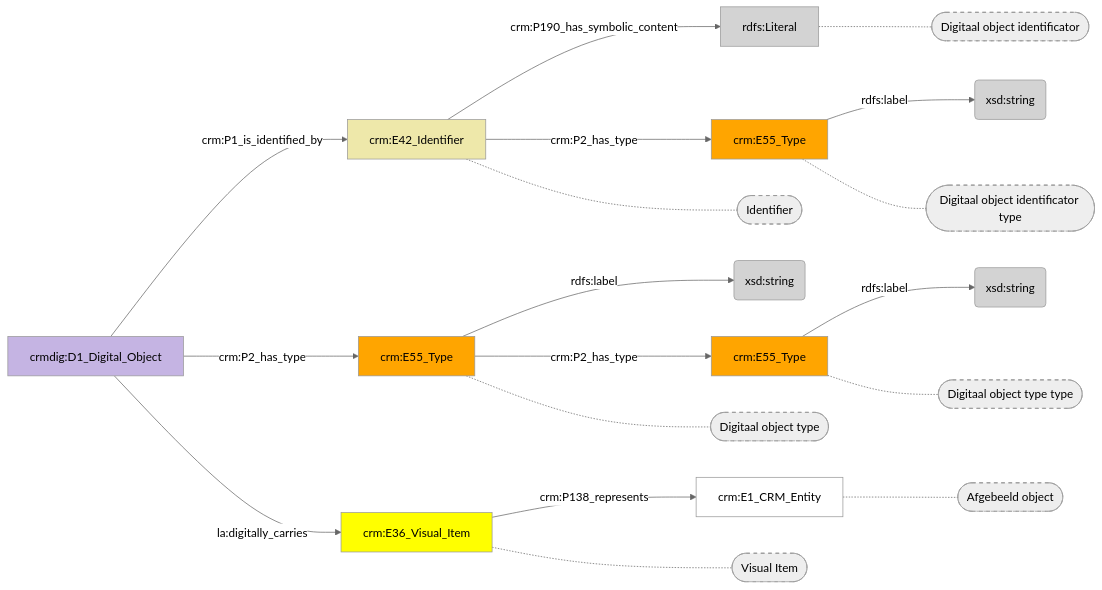
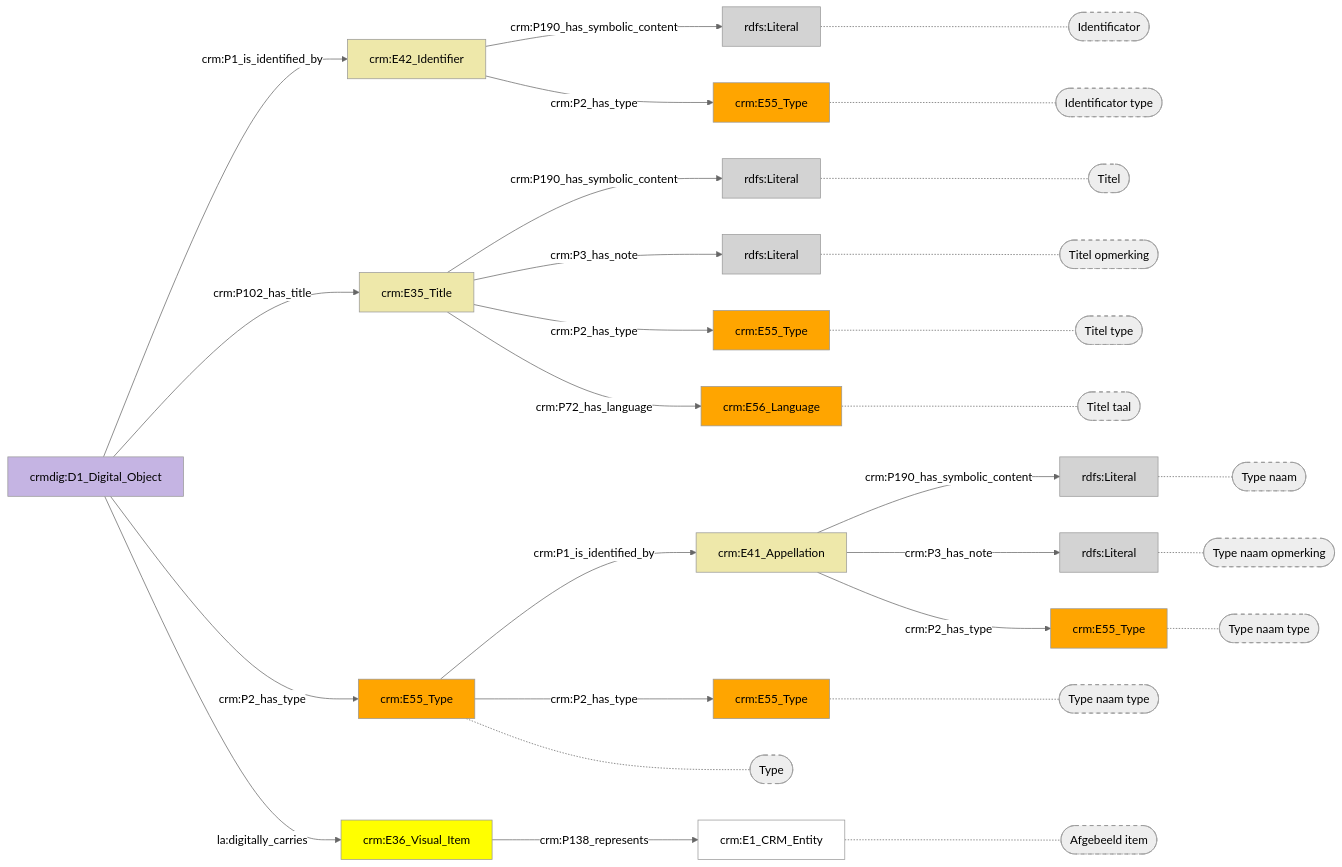
One commit to digipolisantwerpdocumentation/antwerp-cultureel-erfgoed changed the diagram in docs/content/modellen/DigitalObject/Identificatie.md. Above: the diagram before and after it, drawn with Mermaid (neutral theme). The commit also changed 170 other files, not shown here.

````diff
--- a/docs/content/modellen/DigitalObject/Identificatie.md
+++ b/docs/content/modellen/DigitalObject/Identificatie.md
@@ -1,38 +1,60 @@
 ```mermaid
 graph LR
-ad7f9832-04fa-11ee-9497-96a6d2455259["crm:E42_Identifier"]-->|"crm:P190_has_symbolic_content"|ad7fb196-04fa-11ee-9497-96a6d2455259(rdfs:Literal)
-ad7fa3fe-04fa-11ee-9497-96a6d2455259["crm:E55_Type"]-->|"rdfs:label"|ad7fbd30-04fa-11ee-9497-96a6d2455259(xsd:string)
-ad7fb2a4-04fa-11ee-9497-96a6d2455259["crm:E55_Type"]-->|"rdfs:label"|ad7fb074-04fa-11ee-9497-96a6d2455259(xsd:string)
-ad7fbb14-04fa-11ee-9497-96a6d2455259["crm:E55_Type"]-->|"rdfs:label"|ad7fbc18-04fa-11ee-9497-96a6d2455259(xsd:string)
-ad7f9832-04fa-11ee-9497-96a6d2455259["crm:E42_Identifier"]-->|"crm:P2_has_type"|ad7fb2a4-04fa-11ee-9497-96a6d2455259["crm:E55_Type"]
-ad7fa3fe-04fa-11ee-9497-96a6d2455259["crm:E55_Type"]-->|"crm:P2_has_type"|ad7fbb14-04fa-11ee-9497-96a6d2455259["crm:E55_Type"]
-ad7fa7aa-04fa-11ee-9497-96a6d2455259["crm:E36_Visual_Item"]-->|"crm:P138_represents"|ad7fb48e-04fa-11ee-9497-96a6d2455259["crm:E1_CRM_Entity"]
-ad7fb3a8-04fa-11ee-9497-96a6d2455259["crmdig:D1_Digital_Object"]-->|"crm:P1_is_identified_by"|ad7f9832-04fa-11ee-9497-96a6d2455259["crm:E42_Identifier"]
-ad7fb3a8-04fa-11ee-9497-96a6d2455259["crmdig:D1_Digital_Object"]-->|"crm:P2_has_type"|ad7fa3fe-04fa-11ee-9497-96a6d2455259["crm:E55_Type"]
-ad7fb3a8-04fa-11ee-9497-96a6d2455259["crmdig:D1_Digital_Object"]-->|"la:digitally_carries"|ad7fa7aa-04fa-11ee-9497-96a6d2455259["crm:E36_Visual_Item"]
-ad7fb196-04fa-11ee-9497-96a6d2455259["rdfs:Literal"]-.-ad7fb196-04fa-11ee-9497-96a6d2455259_s(["Digitaal object identificator"])
-ad7fb2a4-04fa-11ee-9497-96a6d2455259["crm:E55_Type"]-.-ad7fb2a4-04fa-11ee-9497-96a6d2455259_s(["Digitaal object identificator type"])
-ad7fbb14-04fa-11ee-9497-96a6d2455259["crm:E55_Type"]-.-ad7fbb14-04fa-11ee-9497-96a6d2455259_s(["Digitaal object type type"])
-ad7fb48e-04fa-11ee-9497-96a6d2455259["crm:E1_CRM_Entity"]-.-ad7fb48e-04fa-11ee-9497-96a6d2455259_s(["Afgebeeld object"])
-ad7f9832-04fa-11ee-9497-96a6d2455259["crm:E42_Identifier"]-.-ad7f9832-04fa-11ee-9497-96a6d2455259_s(["Identifier"])
-ad7fa3fe-04fa-11ee-9497-96a6d2455259["crm:E55_Type"]-.-ad7fa3fe-04fa-11ee-9497-96a6d2455259_s(["Digitaal object type"])
-ad7fa7aa-04fa-11ee-9497-96a6d2455259["crm:E36_Visual_Item"]-.-ad7fa7aa-04fa-11ee-9497-96a6d2455259_s(["Visual Item"])
-style ad7fb196-04fa-11ee-9497-96a6d2455259_s stroke-dasharray: 5
-style ad7fb2a4-04fa-11ee-9497-96a6d2455259_s stroke-dasharray: 5
-style ad7fbb14-04fa-11ee-9497-96a6d2455259_s stroke-dasharray: 5
-style ad7fb48e-04fa-11ee-9497-96a6d2455259_s stroke-dasharray: 5
-style ad7f9832-04fa-11ee-9497-96a6d2455259_s stroke-dasharray: 5
-style ad7fa3fe-04fa-11ee-9497-96a6d2455259_s stroke-dasharray: 5
-style ad7fa7aa-04fa-11ee-9497-96a6d2455259_s stroke-dasharray: 5
+style 015cd780-44e6-11ef-85a7-960002548b4f fill:#EEE8AA
+style 015cdfd0-44e6-11ef-884b-960002548b4f fill:#D3D3D3
+style 015ce2c7-44e6-11ef-b606-960002548b4f fill:#ffa500
+style 015ce42f-44e6-11ef-aef4-960002548b4f fill:#D3D3D3
+style 015ce616-44e6-11ef-9fbd-960002548b4f fill:#ffa500
+style 8fd5a5a9-44eb-11ef-8c5b-960002548b4f fill:#EEE8AA
+style 8fd5a9c4-44eb-11ef-98bb-960002548b4f fill:#D3D3D3
+style 8fd5ab2c-44eb-11ef-a9ce-960002548b4f fill:#D3D3D3
+style 8fd5ac54-44eb-11ef-87ed-960002548b4f fill:#ffa500
 style ad7f9832-04fa-11ee-9497-96a6d2455259 fill:#EEE8AA
 style ad7fa3fe-04fa-11ee-9497-96a6d2455259 fill:#ffa500
 style ad7fa7aa-04fa-11ee-9497-96a6d2455259 fill:#ffff00
-style ad7fb074-04fa-11ee-9497-96a6d2455259 fill:#D3D3D3
 style ad7fb196-04fa-11ee-9497-96a6d2455259 fill:#D3D3D3
 style ad7fb2a4-04fa-11ee-9497-96a6d2455259 fill:#ffa500
 style ad7fb3a8-04fa-11ee-9497-96a6d2455259 fill:#C5B4E3
 style ad7fb48e-04fa-11ee-9497-96a6d2455259 fill:#ffffff
 style ad7fbb14-04fa-11ee-9497-96a6d2455259 fill:#ffa500
-style ad7fbc18-04fa-11ee-9497-96a6d2455259 fill:#D3D3D3
-style ad7fbd30-04fa-11ee-9497-96a6d2455259 fill:#D3D3D3
+015cd780-44e6-11ef-85a7-960002548b4f["crm:E35_Title"]-->|"crm:P190_has_symbolic_content"|015ce42f-44e6-11ef-aef4-960002548b4f(rdfs:Literal)
+015cd780-44e6-11ef-85a7-960002548b4f["crm:E35_Title"]-->|"crm:P3_has_note"|015cdfd0-44e6-11ef-884b-960002548b4f(rdfs:Literal)
+8fd5a5a9-44eb-11ef-8c5b-960002548b4f["crm:E41_Appellation"]-->|"crm:P190_has_symbolic_content"|8fd5ab2c-44eb-11ef-a9ce-960002548b4f(rdfs:Literal)
+8fd5a5a9-44eb-11ef-8c5b-960002548b4f["crm:E41_Appellation"]-->|"crm:P3_has_note"|8fd5a9c4-44eb-11ef-98bb-960002548b4f(rdfs:Literal)
+ad7f9832-04fa-11ee-9497-96a6d2455259["crm:E42_Identifier"]-->|"crm:P190_has_symbolic_content"|ad7fb196-04fa-11ee-9497-96a6d2455259(rdfs:Literal)
+015cd780-44e6-11ef-85a7-960002548b4f["crm:E35_Title"]-->|"crm:P2_has_type"|015ce2c7-44e6-11ef-b606-960002548b4f["crm:E55_Type"]
+015cd780-44e6-11ef-85a7-960002548b4f["crm:E35_Title"]-->|"crm:P72_has_language"|015ce616-44e6-11ef-9fbd-960002548b4f["crm:E56_Language"]
+8fd5a5a9-44eb-11ef-8c5b-960002548b4f["crm:E41_Appellation"]-->|"crm:P2_has_type"|8fd5ac54-44eb-11ef-87ed-960002548b4f["crm:E55_Type"]
+ad7f9832-04fa-11ee-9497-96a6d2455259["crm:E42_Identifier"]-->|"crm:P2_has_type"|ad7fb2a4-04fa-11ee-9497-96a6d2455259["crm:E55_Type"]
+ad7fa3fe-04fa-11ee-9497-96a6d2455259["crm:E55_Type"]-->|"crm:P1_is_identified_by"|8fd5a5a9-44eb-11ef-8c5b-960002548b4f["crm:E41_Appellation"]
+ad7fa3fe-04fa-11ee-9497-96a6d2455259["crm:E55_Type"]-->|"crm:P2_has_type"|ad7fbb14-04fa-11ee-9497-96a6d2455259["crm:E55_Type"]
+ad7fa7aa-04fa-11ee-9497-96a6d2455259["crm:E36_Visual_Item"]-->|"crm:P138_represents"|ad7fb48e-04fa-11ee-9497-96a6d2455259["crm:E1_CRM_Entity"]
+ad7fb3a8-04fa-11ee-9497-96a6d2455259["crmdig:D1_Digital_Object"]-->|"crm:P1_is_identified_by"|ad7f9832-04fa-11ee-9497-96a6d2455259["crm:E42_Identifier"]
+ad7fb3a8-04fa-11ee-9497-96a6d2455259["crmdig:D1_Digital_Object"]-->|"crm:P102_has_title"|015cd780-44e6-11ef-85a7-960002548b4f["crm:E35_Title"]
+ad7fb3a8-04fa-11ee-9497-96a6d2455259["crmdig:D1_Digital_Object"]-->|"crm:P2_has_type"|ad7fa3fe-04fa-11ee-9497-96a6d2455259["crm:E55_Type"]
+ad7fb3a8-04fa-11ee-9497-96a6d2455259["crmdig:D1_Digital_Object"]-->|"la:digitally_carries"|ad7fa7aa-04fa-11ee-9497-96a6d2455259["crm:E36_Visual_Item"]
+015ce42f-44e6-11ef-aef4-960002548b4f["rdfs:Literal"]-.-015ce42f-44e6-11ef-aef4-960002548b4f_s(["Titel"])
+015ce2c7-44e6-11ef-b606-960002548b4f["crm:E55_Type"]-.-015ce2c7-44e6-11ef-b606-960002548b4f_s(["Titel type"])
+015cdfd0-44e6-11ef-884b-960002548b4f["rdfs:Literal"]-.-015cdfd0-44e6-11ef-884b-960002548b4f_s(["Titel opmerking"])
+015ce616-44e6-11ef-9fbd-960002548b4f["crm:E56_Language"]-.-015ce616-44e6-11ef-9fbd-960002548b4f_s(["Titel taal"])
+8fd5ab2c-44eb-11ef-a9ce-960002548b4f["rdfs:Literal"]-.-8fd5ab2c-44eb-11ef-a9ce-960002548b4f_s(["Type naam"])
+8fd5ac54-44eb-11ef-87ed-960002548b4f["crm:E55_Type"]-.-8fd5ac54-44eb-11ef-87ed-960002548b4f_s(["Type naam type"])
+8fd5a9c4-44eb-11ef-98bb-960002548b4f["rdfs:Literal"]-.-8fd5a9c4-44eb-11ef-98bb-960002548b4f_s(["Type naam opmerking"])
+ad7fb196-04fa-11ee-9497-96a6d2455259["rdfs:Literal"]-.-ad7fb196-04fa-11ee-9497-96a6d2455259_s(["Identificator"])
+ad7fb2a4-04fa-11ee-9497-96a6d2455259["crm:E55_Type"]-.-ad7fb2a4-04fa-11ee-9497-96a6d2455259_s(["Identificator type"])
+ad7fbb14-04fa-11ee-9497-96a6d2455259["crm:E55_Type"]-.-ad7fbb14-04fa-11ee-9497-96a6d2455259_s(["Type naam type"])
+ad7fb48e-04fa-11ee-9497-96a6d2455259["crm:E1_CRM_Entity"]-.-ad7fb48e-04fa-11ee-9497-96a6d2455259_s(["Afgebeeld item"])
+ad7fa3fe-04fa-11ee-9497-96a6d2455259["crm:E55_Type"]-.-ad7fa3fe-04fa-11ee-9497-96a6d2455259_s(["Type"])
+style 015ce42f-44e6-11ef-aef4-960002548b4f_s stroke-dasharray: 5
+style 015ce2c7-44e6-11ef-b606-960002548b4f_s stroke-dasharray: 5
+style 015cdfd0-44e6-11ef-884b-960002548b4f_s stroke-dasharray: 5
+style 015ce616-44e6-11ef-9fbd-960002548b4f_s stroke-dasharray: 5
+style 8fd5ab2c-44eb-11ef-a9ce-960002548b4f_s stroke-dasharray: 5
+style 8fd5ac54-44eb-11ef-87ed-960002548b4f_s stroke-dasharray: 5
+style 8fd5a9c4-44eb-11ef-98bb-960002548b4f_s stroke-dasharray: 5
+style ad7fb196-04fa-11ee-9497-96a6d2455259_s stroke-dasharray: 5
+style ad7fb2a4-04fa-11ee-9497-96a6d2455259_s stroke-dasharray: 5
+style ad7fbb14-04fa-11ee-9497-96a6d2455259_s stroke-dasharray: 5
+style ad7fb48e-04fa-11ee-9497-96a6d2455259_s stroke-dasharray: 5
+style ad7fa3fe-04fa-11ee-9497-96a6d2455259_s stroke-dasharray: 5
 ```
````
